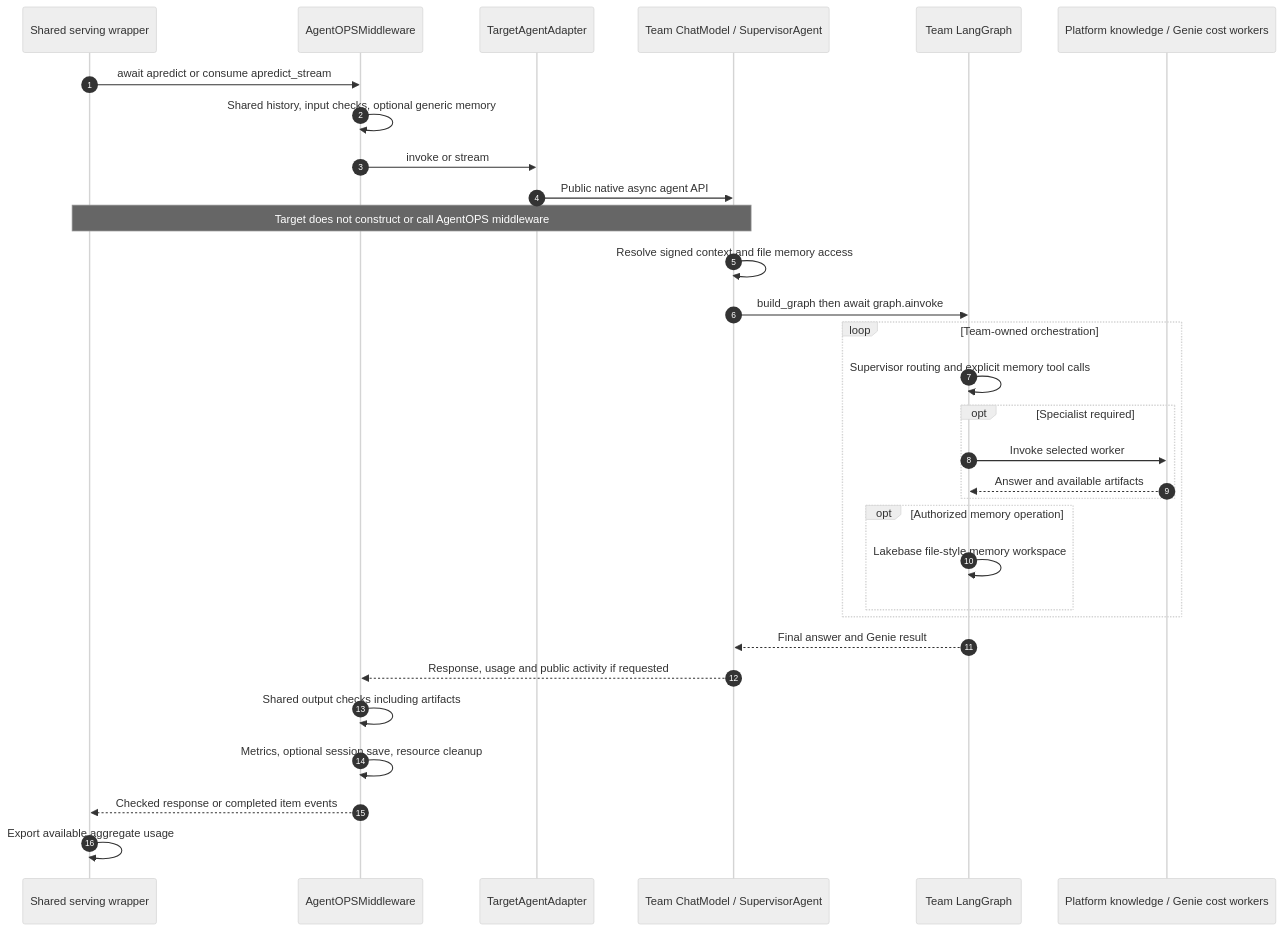
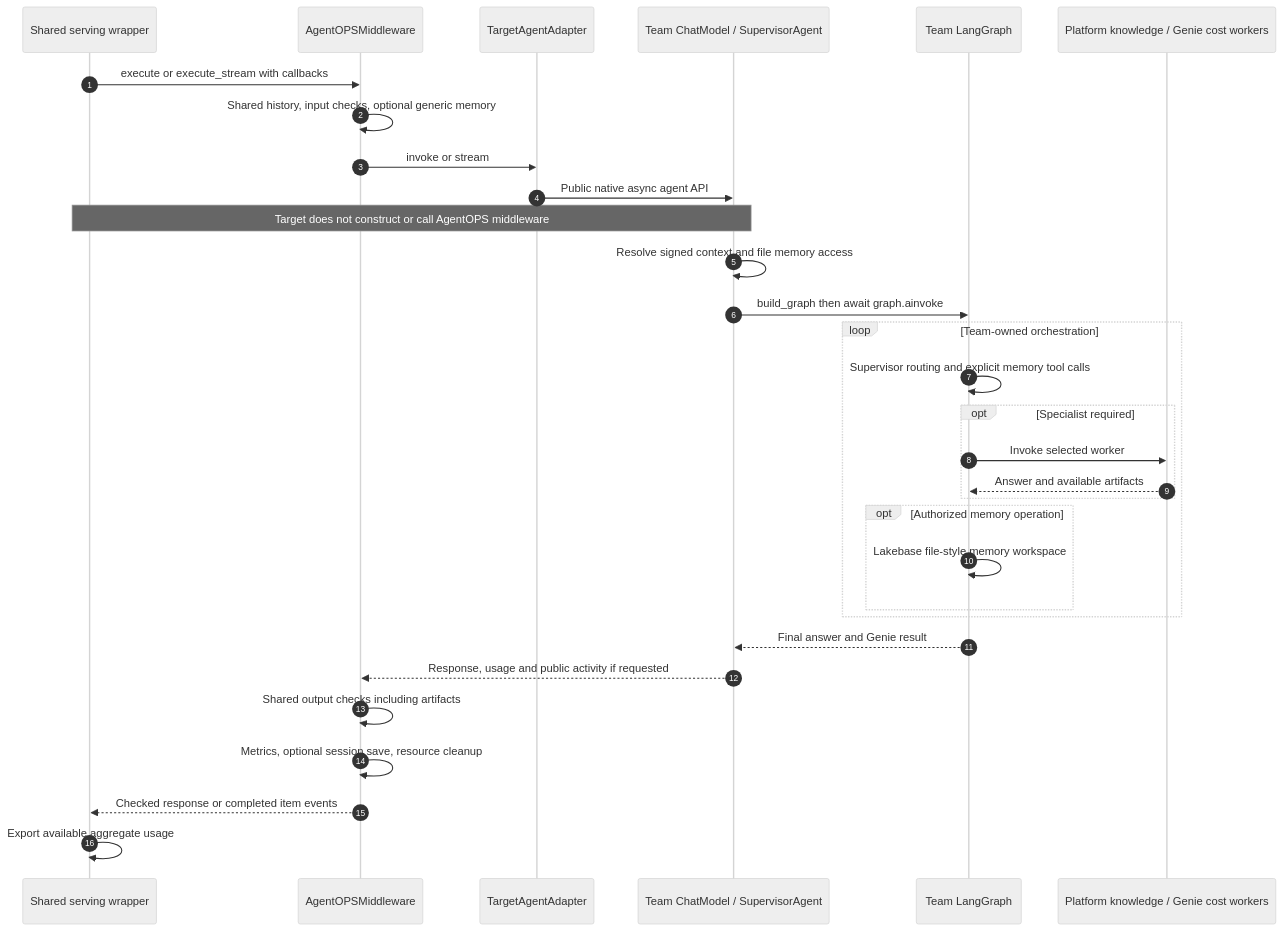
The diagram in docs/development/diagrams/agentops-supervisor-sequence.mmd (Narendra9999/Agentops-service), drawn with Mermaid (neutral theme) before and after one commit. The commit also changed 28 other files, not shown here.

```diff
--- a/docs/development/diagrams/agentops-supervisor-sequence.mmd
+++ b/docs/development/diagrams/agentops-supervisor-sequence.mmd
@@ -1,31 +1,31 @@
 sequenceDiagram
     autonumber
     participant W as Shared serving wrapper
     participant B as AgentOPSMiddleware
     participant A as TargetAgentAdapter
     participant T as Team ChatModel / SupervisorAgent
     participant G as Team LangGraph
     participant K as Platform knowledge / Genie cost workers
-    W->>B: await apredict or consume apredict_stream
+    W->>B: execute or execute_stream with callbacks
     B->>B: Shared history, input checks, optional generic memory
     B->>A: invoke or stream
     A->>T: Public native async agent API
     Note over W,T: Target does not construct or call AgentOPS middleware
     T->>T: Resolve signed context and file memory access
     T->>G: build_graph then await graph.ainvoke
     loop Team-owned orchestration
         G->>G: Supervisor routing and explicit memory tool calls
         opt Specialist required
             G->>K: Invoke selected worker
             K-->>G: Answer and available artifacts
         end
         opt Authorized memory operation
             G->>G: Lakebase file-style memory workspace
         end
     end
     G-->>T: Final answer and Genie result
     T-->>B: Response, usage and public activity if requested
     B->>B: Shared output checks including artifacts
     B->>B: Metrics, optional session save, resource cleanup
     B-->>W: Checked response or completed item events
     W->>W: Export available aggregate usage
```
